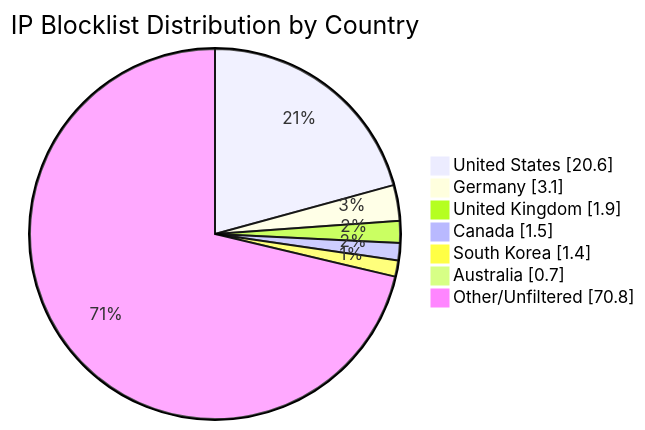
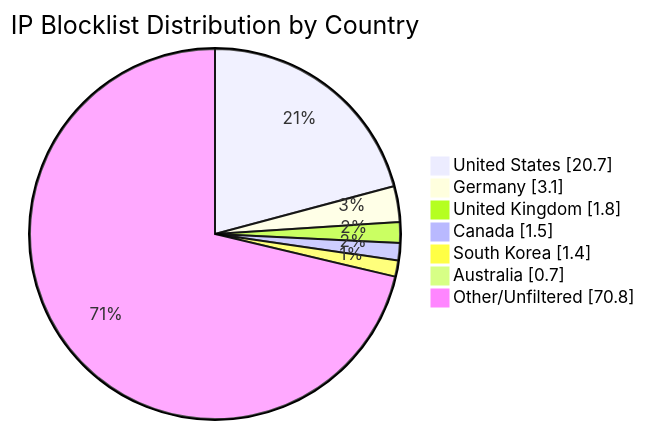
The diagram in README.md (MarcusHoltz/ipblocklist-geofiltered-aggregator), drawn with Mermaid before and after one commit. The commit also changed other lines of this file and 9 other files, not shown here.

````diff
--- a/README.md
+++ b/README.md
@@ -34,10 +34,10 @@
 ```mermaid
 pie showData title IP Blocklist Distribution by Country
-"United States" : 20.6
+"United States" : 20.7
 "Germany" : 3.1
-"United Kingdom" : 1.9
+"United Kingdom" : 1.8
 "Canada" : 1.5
 "South Korea" : 1.4
 "Australia" : 0.7
 "Other/Unfiltered" : 70.8
 ```
````
